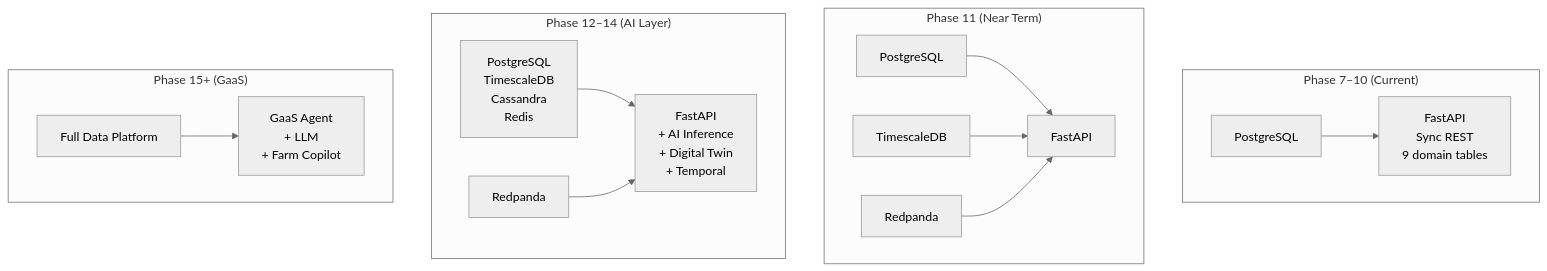
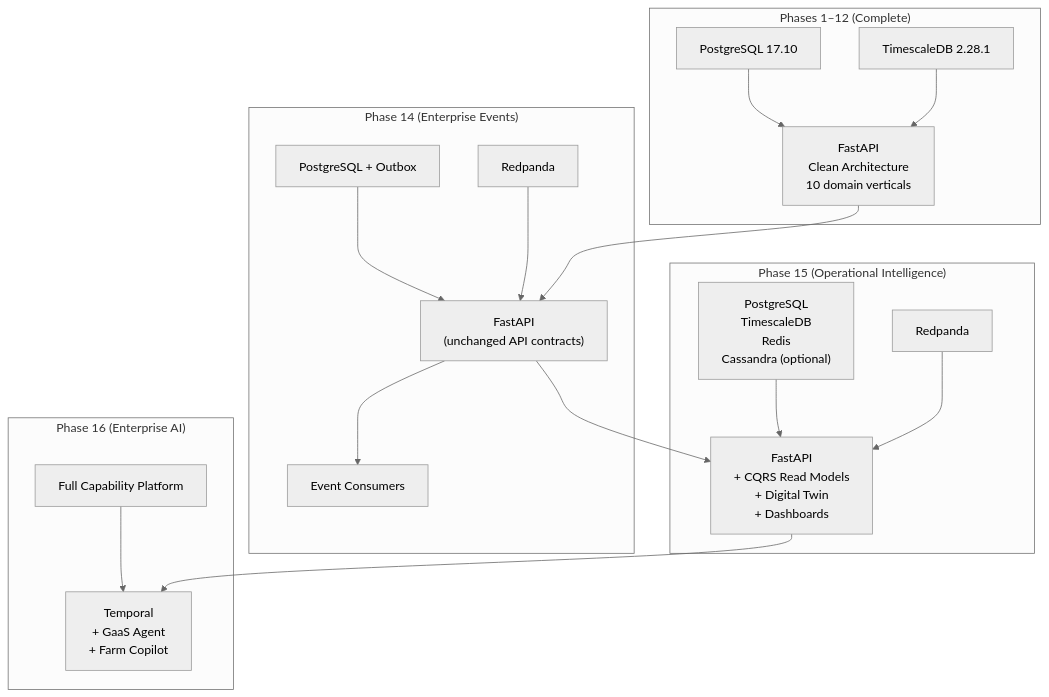
One commit to santoshnarayanan/AGRIFLOW-AI changed diagram 13 of 13 in docs/08-phase-architecture-handbook.md. Above: the diagram before and after it, drawn with Mermaid (neutral theme). The commit also changed other lines of this file and 2 other files, not shown here.

Commit message:
Phase 13-  docs: update roadmap before implementation

````diff
--- a/docs/08-phase-architecture-handbook.md
+++ b/docs/08-phase-architecture-handbook.md
@@ -2415,21 +2768,26 @@
 ```mermaid
 graph TB
-    subgraph "Phase 7–10 (Current)"
-        P[PostgreSQL] --> App710["FastAPI\nSync REST\n9 domain tables"]
+    subgraph "Phases 1–12 (Complete)"
+        PG["PostgreSQL 17.10"] --> APP12["FastAPI\nClean Architecture\n10 domain verticals"]
+        TS["TimescaleDB 2.28.1"] --> APP12
     end
 
-    subgraph "Phase 11 (Near Term)"
-        P2[PostgreSQL] --> App11["FastAPI"]
-        TS[TimescaleDB] --> App11
-        RP[Redpanda] --> App11
+    subgraph "Phase 14 (Enterprise Events)"
+        PG2["PostgreSQL + Outbox"] --> APP14["FastAPI\n(unchanged API contracts)"]
+        RP["Redpanda"] --> APP14
+        APP14 --> CONS["Event Consumers"]
     end
 
-    subgraph "Phase 12–14 (AI Layer)"
-        All["PostgreSQL\nTimescaleDB\nCassandra\nRedis"] --> App1214["FastAPI\n+ AI Inference\n+ Digital Twin\n+ Temporal"]
-        RP2[Redpanda] --> App1214
+    subgraph "Phase 15 (Operational Intelligence)"
+        ALL["PostgreSQL\nTimescaleDB\nRedis\nCassandra (optional)"] --> APP15["FastAPI\n+ CQRS Read Models\n+ Digital Twin\n+ Dashboards"]
+        RP2["Redpanda"] --> APP15
     end
 
-    subgraph "Phase 15+ (GaaS)"
-        Full["Full Data Platform"] --> GaaS2["GaaS Agent\n+ LLM\n+ Farm Copilot"]
+    subgraph "Phase 16 (Enterprise AI)"
+        FULL["Full Capability Platform"] --> AI16["Temporal\n+ GaaS Agent\n+ Farm Copilot"]
     end
+
+    APP12 --> APP14
+    APP14 --> APP15
+    APP15 --> AI16
 ```
````
